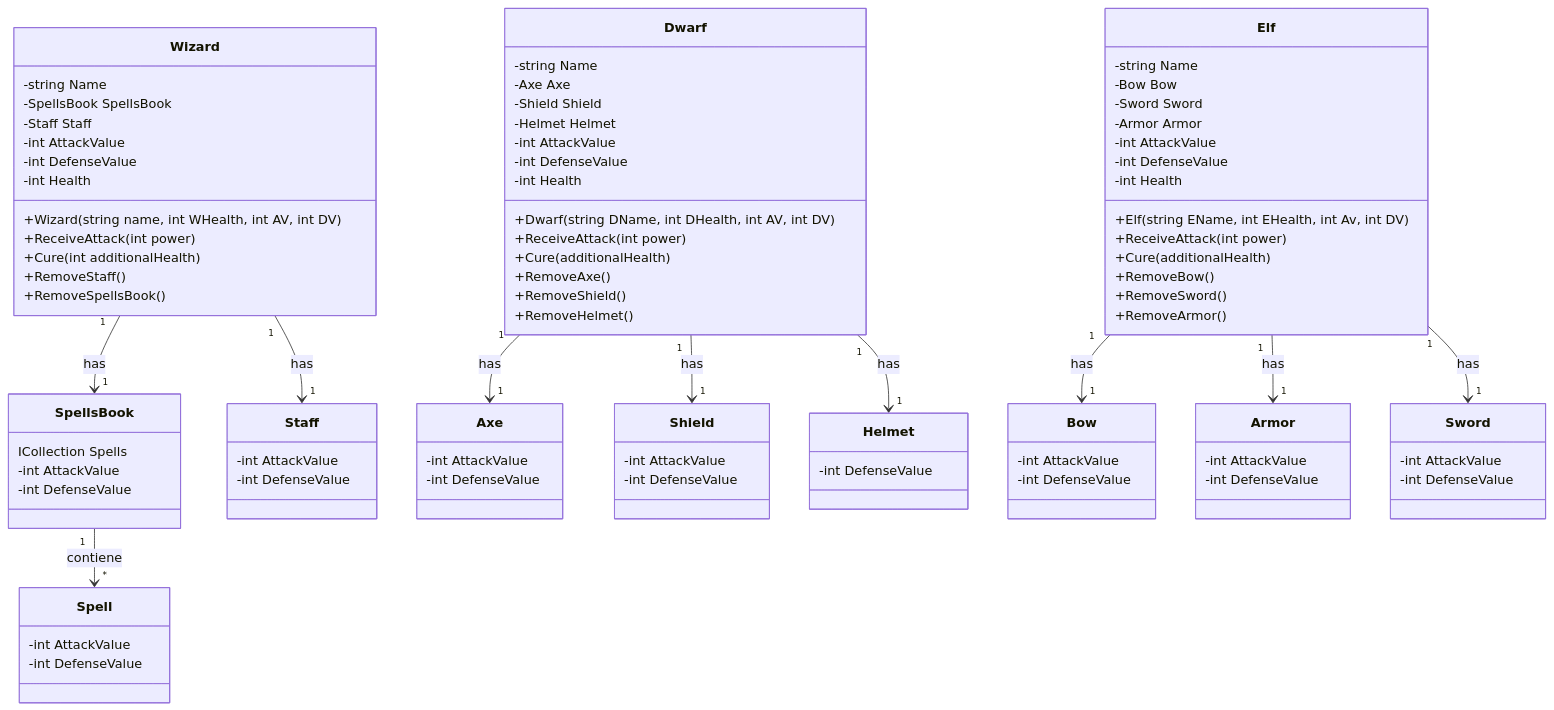
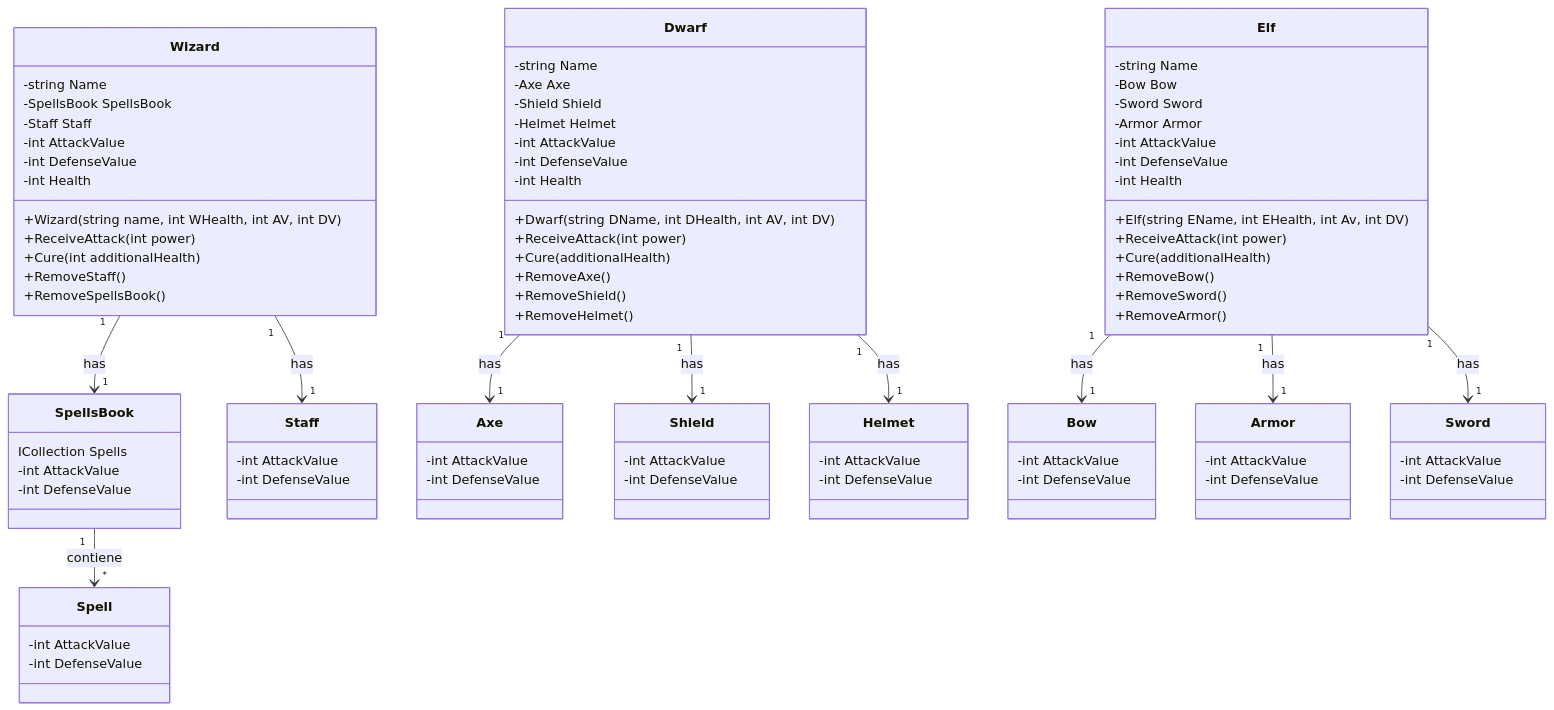
Before and after one commit to Franloc/PII_RoleplayGame_1_Start: the diagram in DIAGRAM.md, drawn with Mermaid.

Commit message:
Add AttackValue to Helmet class in DIAGRAM.md

````diff
--- a/DIAGRAM.md
+++ b/DIAGRAM.md
@@ -120,6 +120,7 @@
     }
 
     class Helmet{
+      -int AttackValue
       -int DefenseValue
     }
 ```
````
